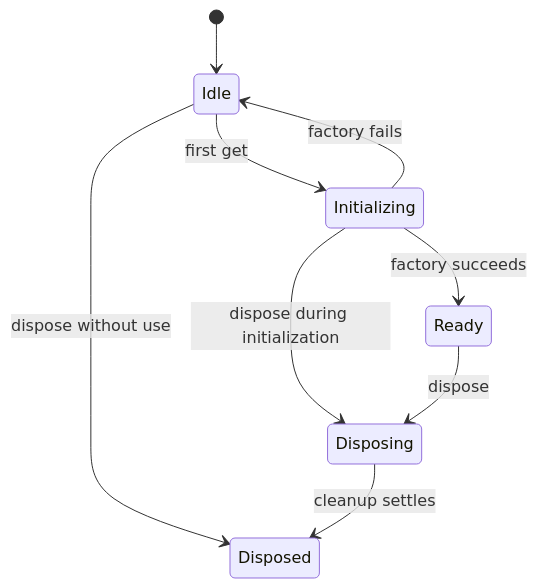
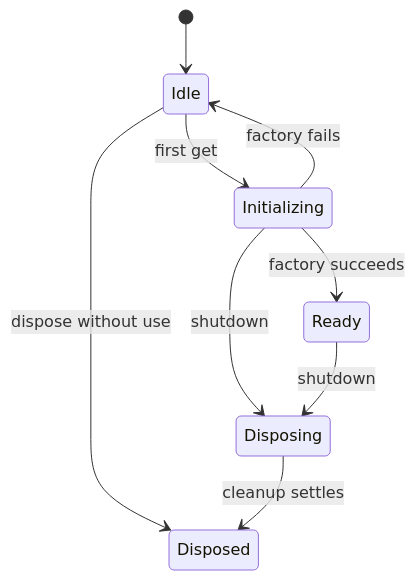
Before and after one commit to Last-Order/TerraCommander: the diagram in docs/lazy-service-initialization.md, drawn with Mermaid. The commit also changed other lines of this file and 6 other files, not shown here.

Commit message:
docs: streamline architecture guidance and source references

````diff
--- a/docs/lazy-service-initialization.md
+++ b/docs/lazy-service-initialization.md
@@ -30,11 +17,11 @@
 ```mermaid
 stateDiagram-v2
     [*] --> Idle
     Idle --> Initializing: first get
     Initializing --> Ready: factory succeeds
     Initializing --> Idle: factory fails
     Idle --> Disposed: dispose without use
-    Initializing --> Disposing: dispose during initialization
-    Ready --> Disposing: dispose
+    Initializing --> Disposing: shutdown
+    Ready --> Disposing: shutdown
     Disposing --> Disposed: cleanup settles
 ```
````
